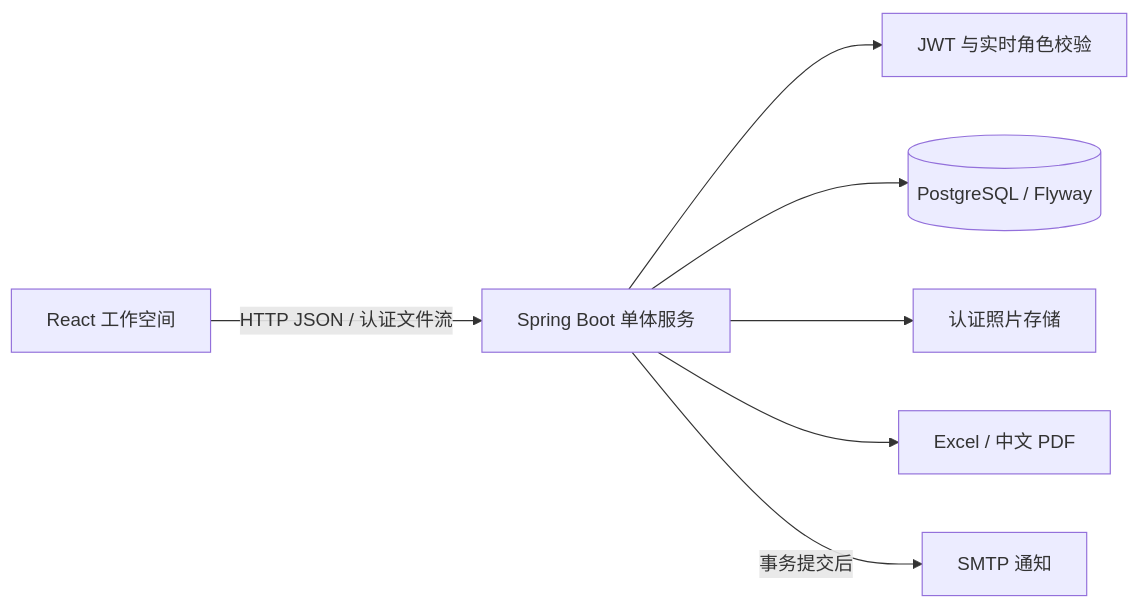
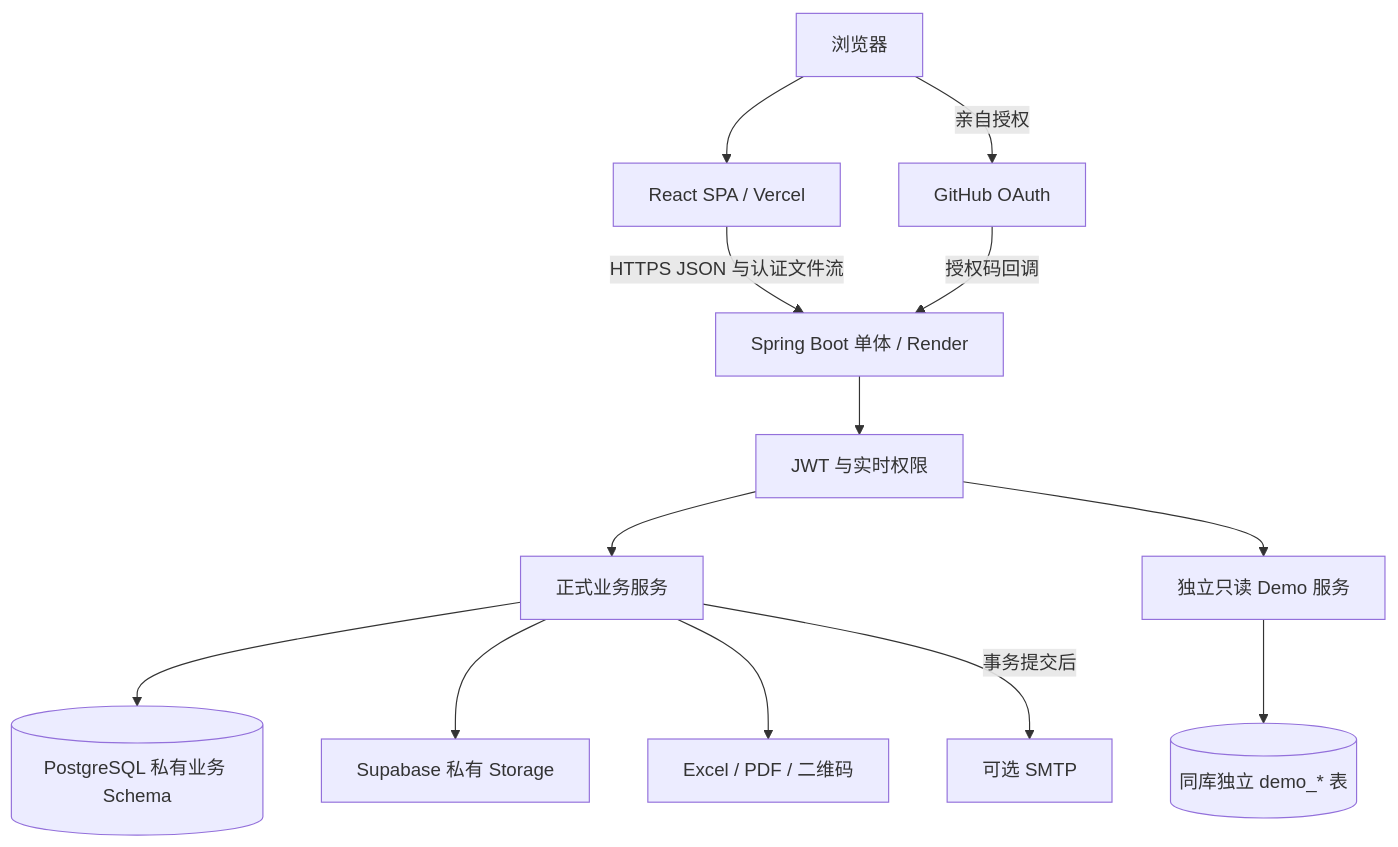
The second of 2 diagrams in README.md (JouCristian/CaiZhiTong), drawn with Mermaid before and after one commit. The commit also changed other lines of this file and 13 other files, not shown here.

````diff
--- a/README.md
+++ b/README.md
@@ -89,9 +173,15 @@
 ```mermaid
-flowchart LR
-    UI[React 工作空间] -->|HTTP JSON / 认证文件流| API[Spring Boot 单体服务]
-    API --> Security[JWT 与实时角色校验]
-    API --> DB[(PostgreSQL / Flyway)]
-    API --> Files[认证照片存储]
-    API --> Reports[Excel / 中文 PDF]
-    API -->|事务提交后| Mail[SMTP 通知]
+flowchart TB
+    User[浏览器] --> Front[React SPA / Vercel]
+    Front -->|HTTPS JSON 与认证文件流| Backend[Spring Boot 单体 / Render]
+    User -->|亲自授权| GitHub[GitHub OAuth]
+    GitHub -->|授权码回调| Backend
+    Backend --> Auth[JWT 与实时权限]
+    Auth --> Formal[正式业务服务]
+    Auth --> Demo[独立只读 Demo 服务]
+    Formal --> DB[(PostgreSQL 私有业务 Schema)]
+    Demo --> DemoTables[(同库独立 demo_* 表)]
+    Formal --> Storage[Supabase 私有 Storage]
+    Formal --> Export[Excel / PDF / 二维码]
+    Formal -->|事务提交后| SMTP[可选 SMTP]
 ```
````
